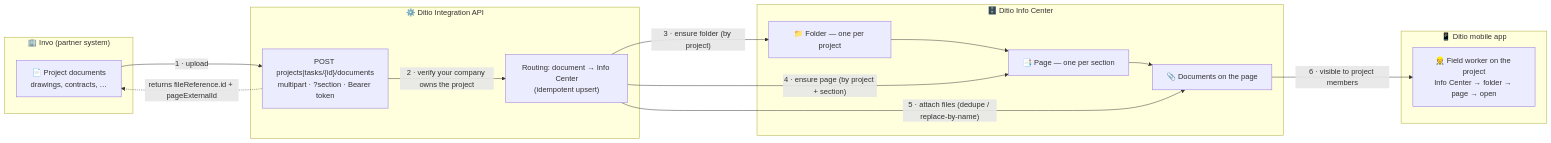
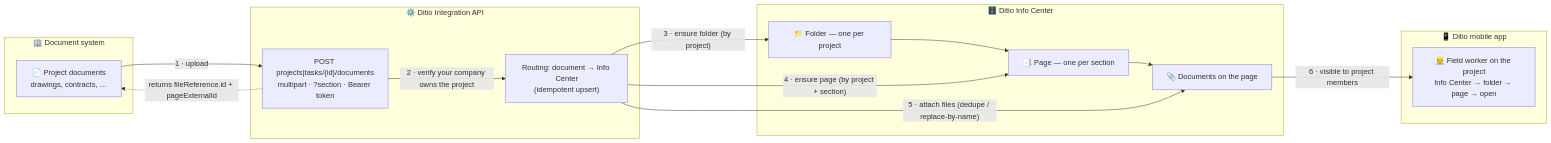
Before and after one commit to ditioas/Ditio.Core.Samples.Integrations: the diagram in documents/README.md, drawn with Mermaid.

Commit message:
docs(documents): genericize document-system wording in data-flow diagram
Claude-Session: https://claude.ai/code/session_0125aEvYCrN3XLvzRQnW5d4n

````diff
--- a/documents/README.md
+++ b/documents/README.md
@@ -11,27 +11,27 @@
 ```mermaid
 flowchart LR
-    subgraph Invo["🏢 Invo (partner system)"]
+    subgraph Src["🏢 Document system"]
         D["📄 Project documents<br/>drawings, contracts, …"]
     end
     subgraph API["⚙️ Ditio Integration API"]
         EP["POST projects|tasks/{id}/documents<br/>multipart · ?section · Bearer token"]
         SVC["Routing: document → Info Center<br/>(idempotent upsert)"]
     end
     subgraph Store["🗄️ Ditio Info Center"]
         FOLDER["📁 Folder — one per project"]
         PAGE["📑 Page — one per section"]
         FILE["📎 Documents on the page"]
     end
     subgraph Mobile["📱 Ditio mobile app"]
         FW["👷 Field worker on the project<br/>Info Center → folder → page → open"]
     end
     D -->|"1 · upload"| EP
     EP -->|"2 · verify your company owns the project"| SVC
     SVC -->|"3 · ensure folder (by project)"| FOLDER
     FOLDER --> PAGE
     SVC -->|"4 · ensure page (by project + section)"| PAGE
     PAGE --> FILE
     SVC -->|"5 · attach files (dedupe / replace-by-name)"| FILE
     FILE -->|"6 · visible to project members"| FW
     EP -.->|"returns fileReference.id + pageExternalId"| D
 ```
````
